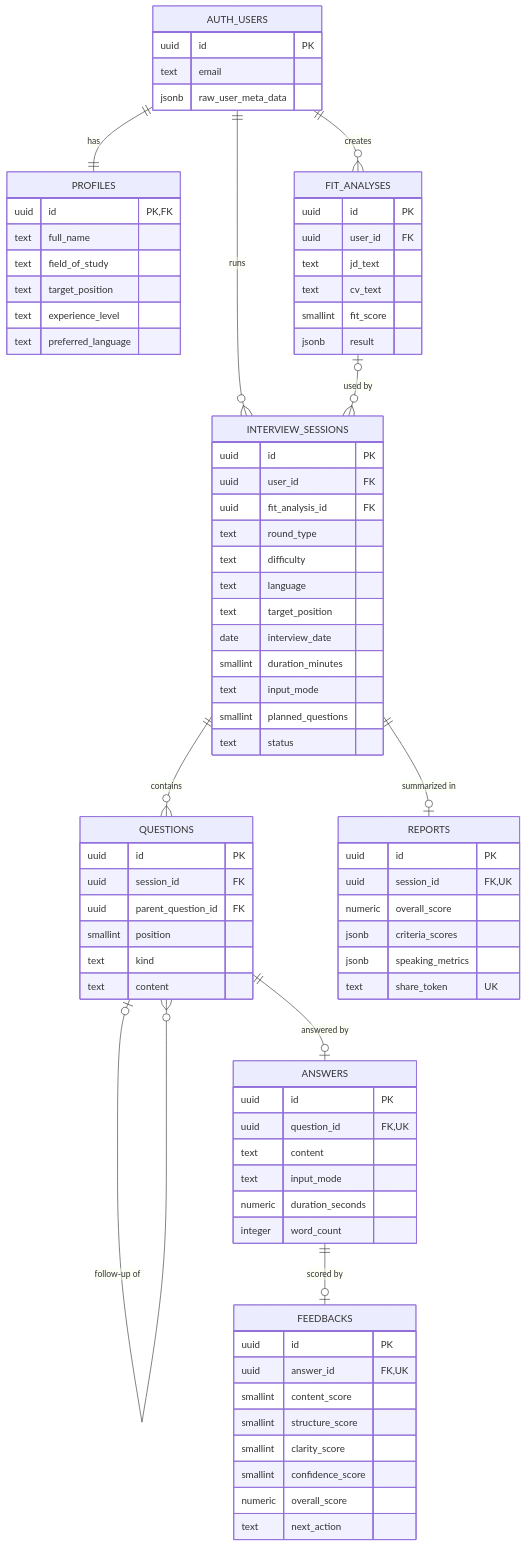
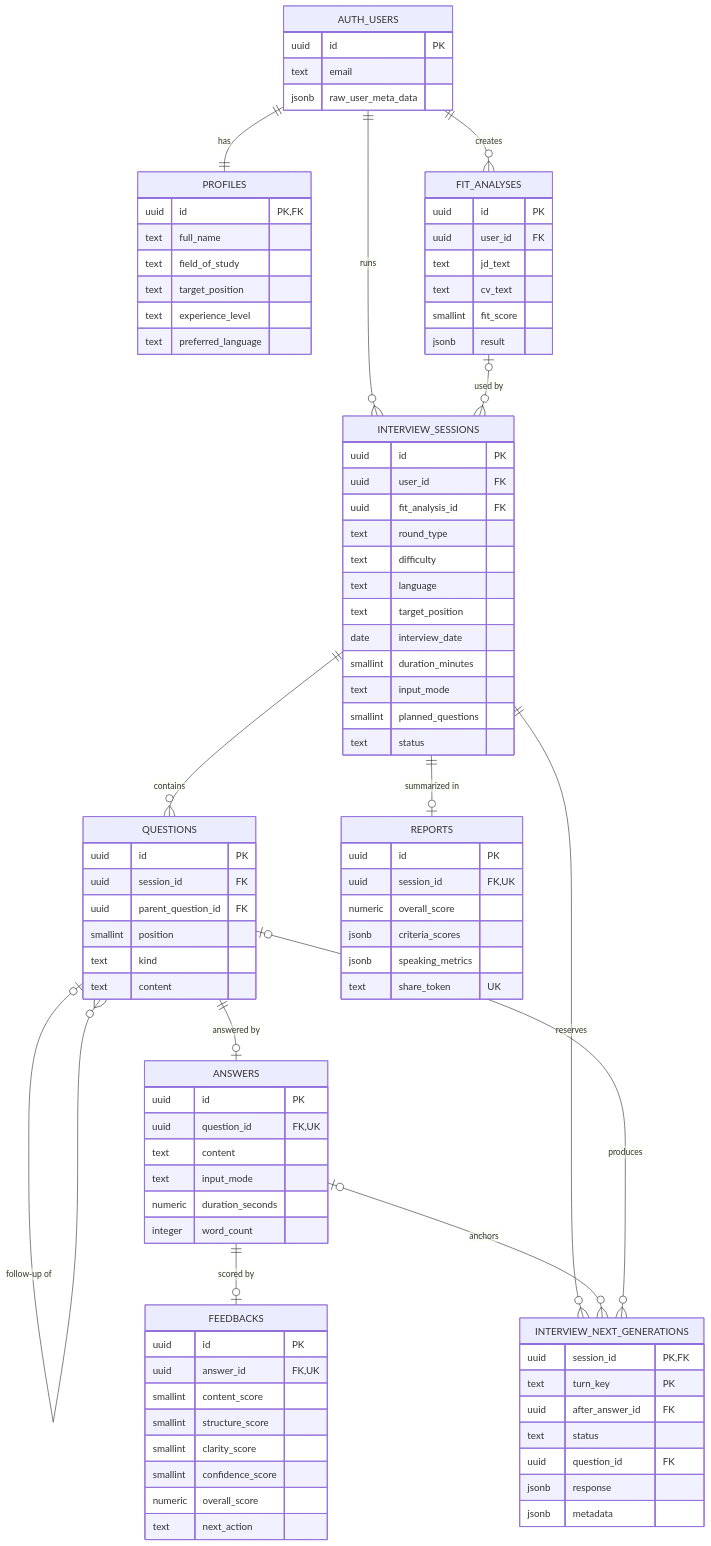
Before and after one commit to TrungNhan8386/InterviewBuddy: the diagram in docs/analysis and design/database-design.md, drawn with Mermaid. The commit also changed other lines of this file and 15 other files, not shown here.

```diff
--- a/docs/analysis and design/database-design.md
+++ b/docs/analysis and design/database-design.md
@@ -22,6 +25,19 @@
   QUESTIONS ||--o| ANSWERS : "answered by"
   ANSWERS ||--o| FEEDBACKS : "scored by"
   INTERVIEW_SESSIONS ||--o| REPORTS : "summarized in"
+
+  INTERVIEW_SESSIONS ||--o{ INTERVIEW_NEXT_GENERATIONS : "reserves"
+  ANSWERS |o--o{ INTERVIEW_NEXT_GENERATIONS : "anchors"
+  QUESTIONS |o--o{ INTERVIEW_NEXT_GENERATIONS : "produces"
+  INTERVIEW_NEXT_GENERATIONS {
+    uuid session_id PK,FK
+    text turn_key PK
+    uuid after_answer_id FK
+    text status
+    uuid question_id FK
+    jsonb response
+    jsonb metadata
+  }
 
   AUTH_USERS {
     uuid id PK
```
